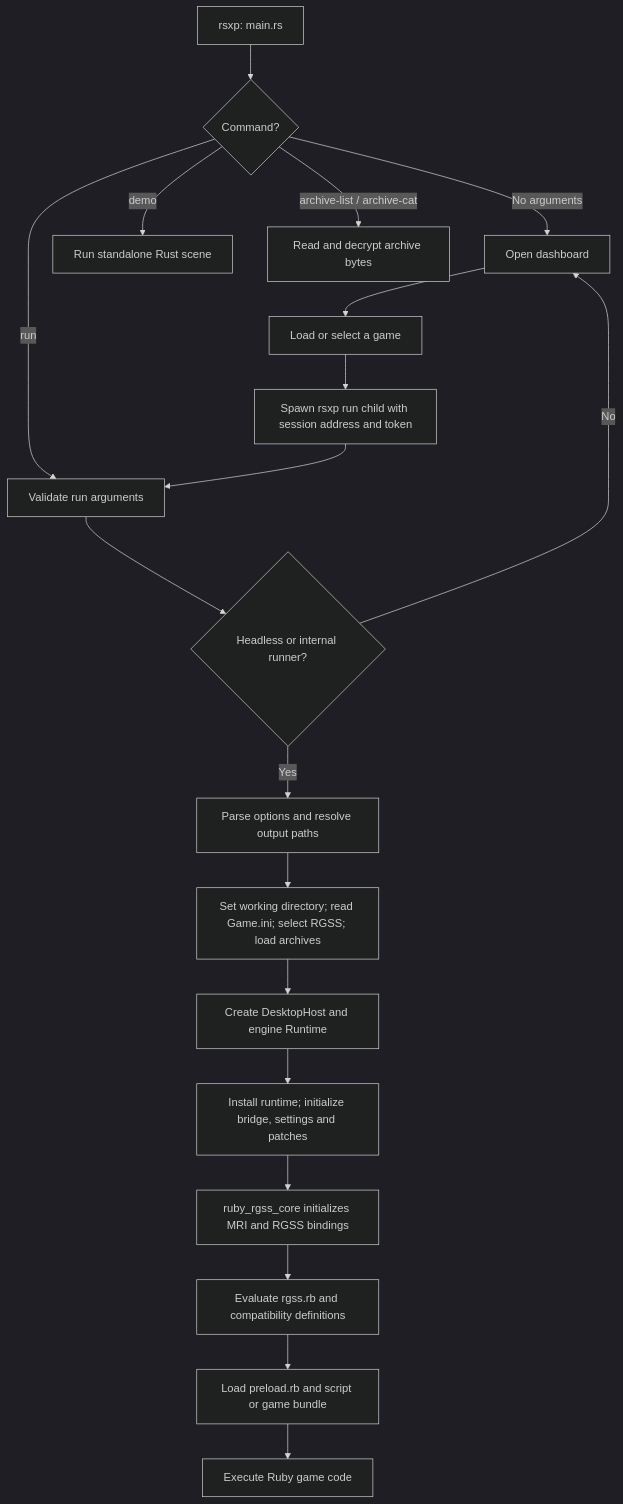
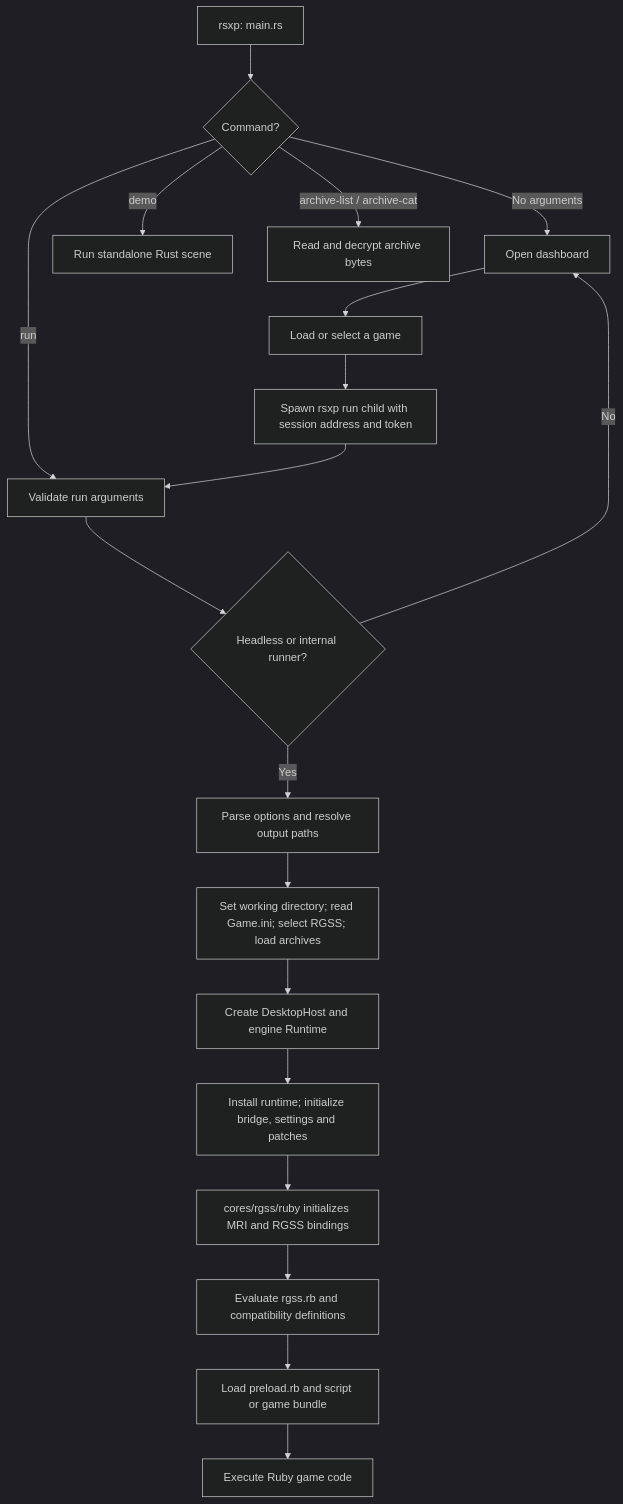
The second of 5 diagrams in docs/architecture.md (Rucadi/rsxp), drawn with Mermaid (dark theme) before and after one commit. The commit also changed other lines of this file and 214 other files, not shown here.

````diff
--- a/docs/architecture.md
+++ b/docs/architecture.md
@@ -76,21 +95,21 @@
 ```mermaid
 flowchart TD
     Start["rsxp: main.rs"] --> Mode{"Command?"}
     Mode -->|"No arguments"| Dashboard["Open dashboard"]
     Mode -->|"run"| Validate["Validate run arguments"]
     Mode -->|"demo"| Demo["Run standalone Rust scene"]
     Mode -->|"archive-list / archive-cat"| Archive["Read and decrypt archive bytes"]
     Validate --> Route{"Headless or internal runner?"}
     Route -->|"No"| Dashboard
     Dashboard --> Select["Load or select a game"]
     Select --> Spawn["Spawn rsxp run child with session address and token"]
     Spawn --> Validate
     Route -->|"Yes"| Options["Parse options and resolve output paths"]
     Options --> Config["Set working directory; read Game.ini; select RGSS; load archives"]
     Config --> Host["Create DesktopHost and engine Runtime"]
     Host --> State["Install runtime; initialize bridge, settings and patches"]
-    State --> MRI["ruby_rgss_core initializes MRI and RGSS bindings"]
+    State --> MRI["cores/rgss/ruby initializes MRI and RGSS bindings"]
     MRI --> Shim["Evaluate rgss.rb and compatibility definitions"]
     Shim --> Load["Load preload.rb and script or game bundle"]
     Load --> Game["Execute Ruby game code"]
 ```
````
